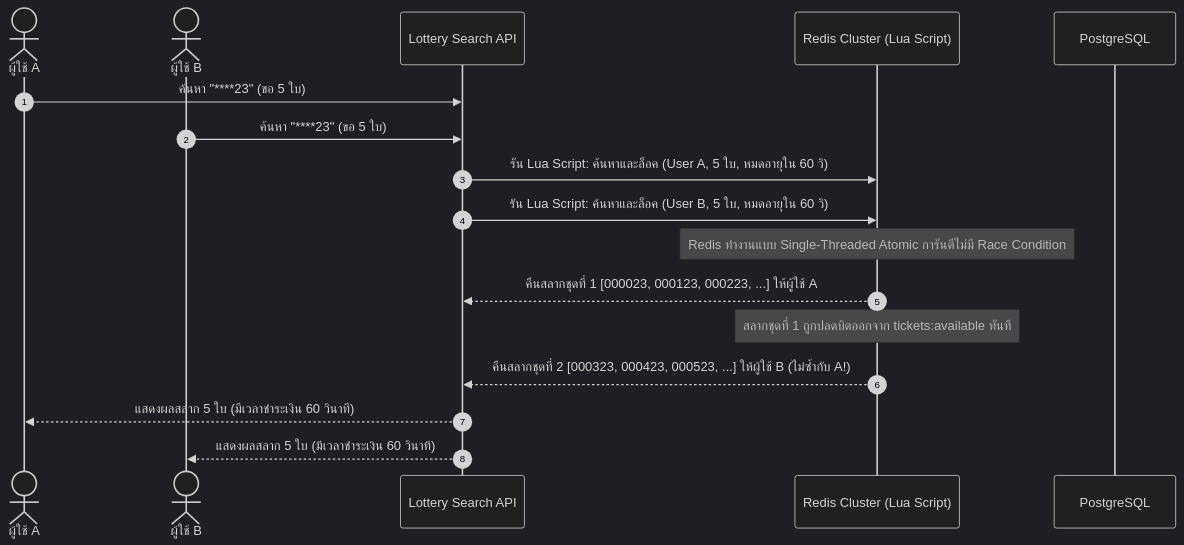
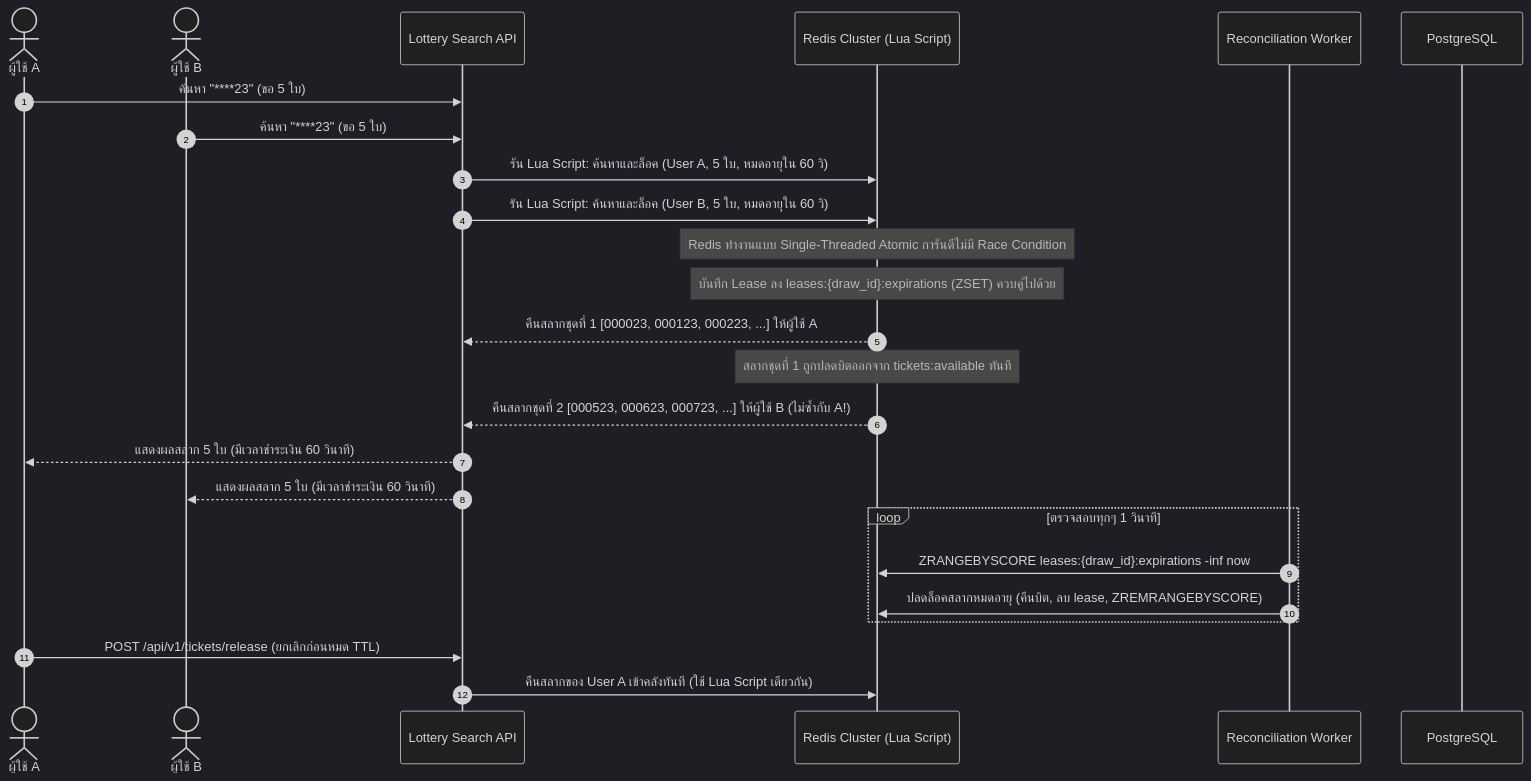
The diagram in LOTTERY_SEARCH_DESIGN_TH.md (Thapanut/UserManagement), drawn with Mermaid (dark theme) before and after one commit. The commit also changed other lines of this file and 7 other files, not shown here.

````diff
--- a/LOTTERY_SEARCH_DESIGN_TH.md
+++ b/LOTTERY_SEARCH_DESIGN_TH.md
@@ -110,23 +112,33 @@
 ```mermaid
 sequenceDiagram
     autonumber
     actor UserA as ผู้ใช้ A
     actor UserB as ผู้ใช้ B
     participant API as Lottery Search API
     participant Redis as Redis Cluster (Lua Script)
+    participant Reaper as Reconciliation Worker
     participant PG as PostgreSQL
 
     UserA->>API: ค้นหา "****23" (ขอ 5 ใบ)
     UserB->>API: ค้นหา "****23" (ขอ 5 ใบ)
 
     API->>Redis: รัน Lua Script: ค้นหาและล็อค (User A, 5 ใบ, หมดอายุใน 60 วิ)
     API->>Redis: รัน Lua Script: ค้นหาและล็อค (User B, 5 ใบ, หมดอายุใน 60 วิ)
 
     Note over Redis: Redis ทำงานแบบ Single-Threaded Atomic การันตีไม่มี Race Condition
+    Note over Redis: บันทึก Lease ลง leases:{draw_id}:expirations (ZSET) ควบคู่ไปด้วย
     Redis-->>API: คืนสลากชุดที่ 1 [000023, 000123, 000223, ...] ให้ผู้ใช้ A
     Note over Redis: สลากชุดที่ 1 ถูกปลดบิตออกจาก tickets:available ทันที
-    Redis-->>API: คืนสลากชุดที่ 2 [000323, 000423, 000523, ...] ให้ผู้ใช้ B (ไม่ซ้ำกับ A!)
+    Redis-->>API: คืนสลากชุดที่ 2 [000523, 000623, 000723, ...] ให้ผู้ใช้ B (ไม่ซ้ำกับ A!)
 
     API-->>UserA: แสดงผลสลาก 5 ใบ (มีเวลาชำระเงิน 60 วินาที)
     API-->>UserB: แสดงผลสลาก 5 ใบ (มีเวลาชำระเงิน 60 วินาที)
+
+    loop ตรวจสอบทุกๆ 1 วินาที
+        Reaper->>Redis: ZRANGEBYSCORE leases:{draw_id}:expirations -inf now
+        Reaper->>Redis: ปลดล็อคสลากหมดอายุ (คืนบิต, ลบ lease, ZREMRANGEBYSCORE)
+    end
+
+    UserA->>API: POST /api/v1/tickets/release (ยกเลิกก่อนหมด TTL)
+    API->>Redis: คืนสลากของ User A เข้าคลังทันที (ใช้ Lua Script เดียวกัน)
 ```
````
